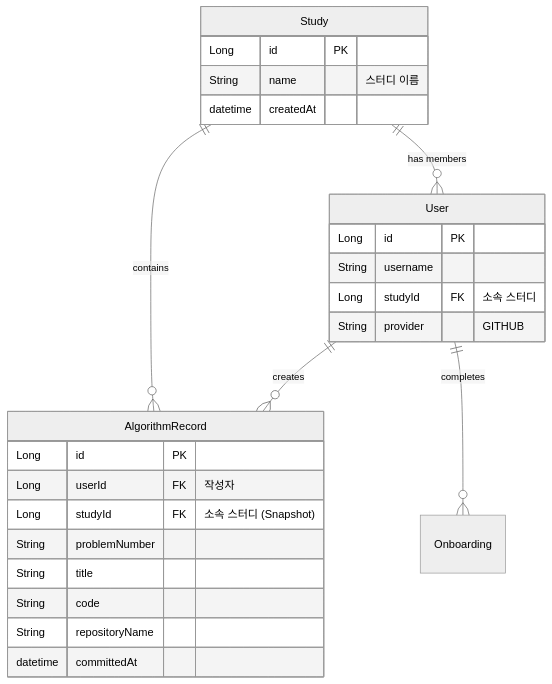
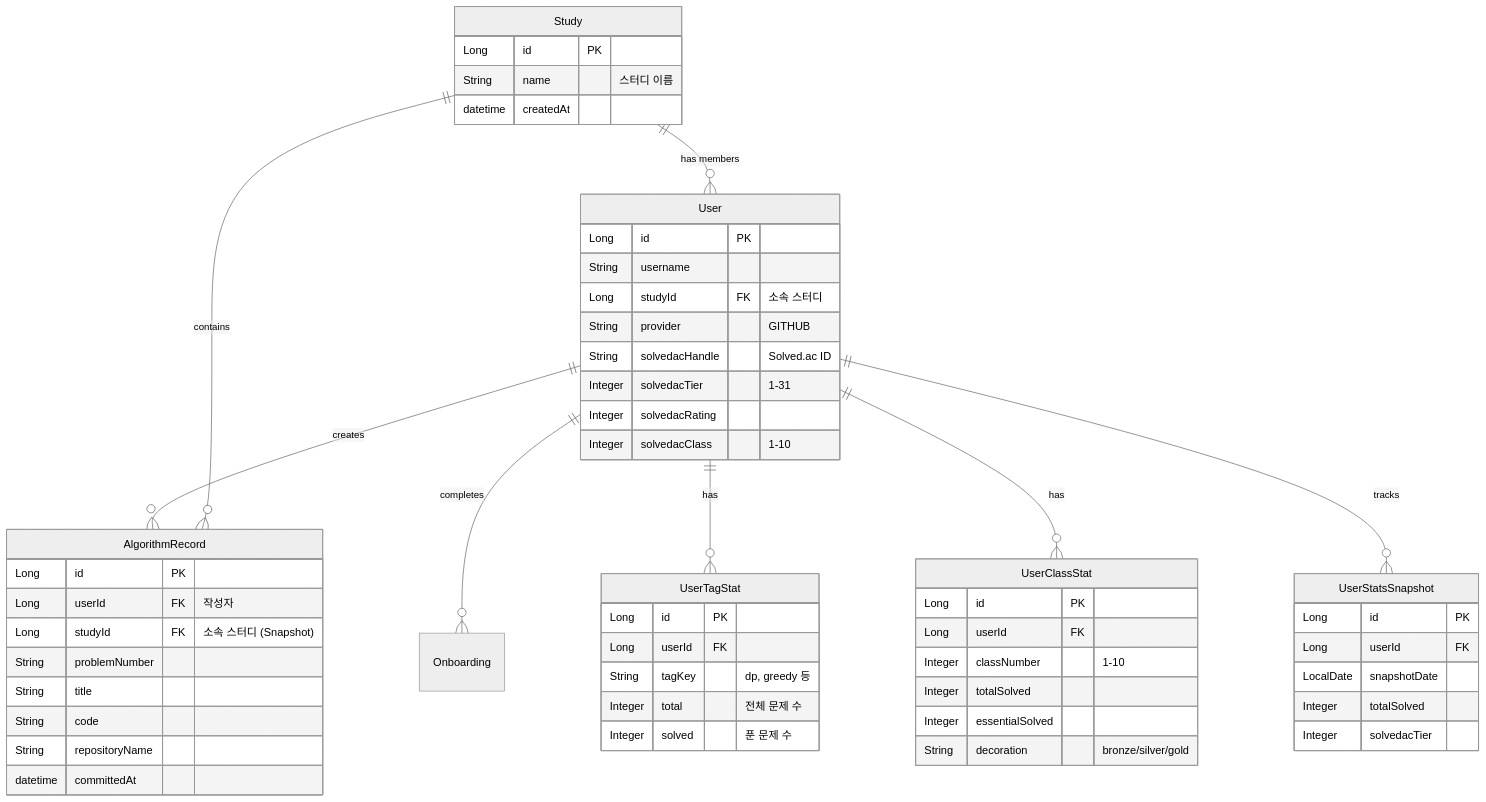
One commit to utact/dash changed the first of 2 diagrams in backend/docs/DOMAIN_MODEL.md. Above: the diagram before and after it, drawn with Mermaid (neutral theme). The commit also changed other lines of this file and 2 other files, not shown here.

First line of the commit message:
docs(BE): 백엔드 문서 업데이트 - Analytics/Solved.ac 모듈 추가

````diff
--- a/backend/docs/DOMAIN_MODEL.md
+++ b/backend/docs/DOMAIN_MODEL.md
@@ -7,31 +7,63 @@
 ```mermaid
 erDiagram
     Study ||--o{ User : "has members"
     User ||--o{ AlgorithmRecord : "creates"
     Study ||--o{ AlgorithmRecord : "contains"
     User ||--o{ Onboarding : "completes"
+    User ||--o{ UserTagStat : "has"
+    User ||--o{ UserClassStat : "has"
+    User ||--o{ UserStatsSnapshot : "tracks"
     
     Study {
         Long id PK
         String name "스터디 이름"
         datetime createdAt
     }
     
     User {
         Long id PK
         String username
         Long studyId FK "소속 스터디"
         String provider "GITHUB"
+        String solvedacHandle "Solved.ac ID"
+        Integer solvedacTier "1-31"
+        Integer solvedacRating
+        Integer solvedacClass "1-10"
     }
 
     AlgorithmRecord {
         Long id PK
         Long userId FK "작성자"
         Long studyId FK "소속 스터디 (Snapshot)"
         String problemNumber
         String title
         String code
         String repositoryName
         datetime committedAt
     }
+
+    UserTagStat {
+        Long id PK
+        Long userId FK
+        String tagKey "dp, greedy 등"
+        Integer total "전체 문제 수"
+        Integer solved "푼 문제 수"
+    }
+
+    UserClassStat {
+        Long id PK
+        Long userId FK
+        Integer classNumber "1-10"
+        Integer totalSolved
+        Integer essentialSolved
+        String decoration "bronze/silver/gold"
+    }
+
+    UserStatsSnapshot {
+        Long id PK
+        Long userId FK
+        LocalDate snapshotDate
+        Integer totalSolved
+        Integer solvedacTier
+    }
 ```
````
